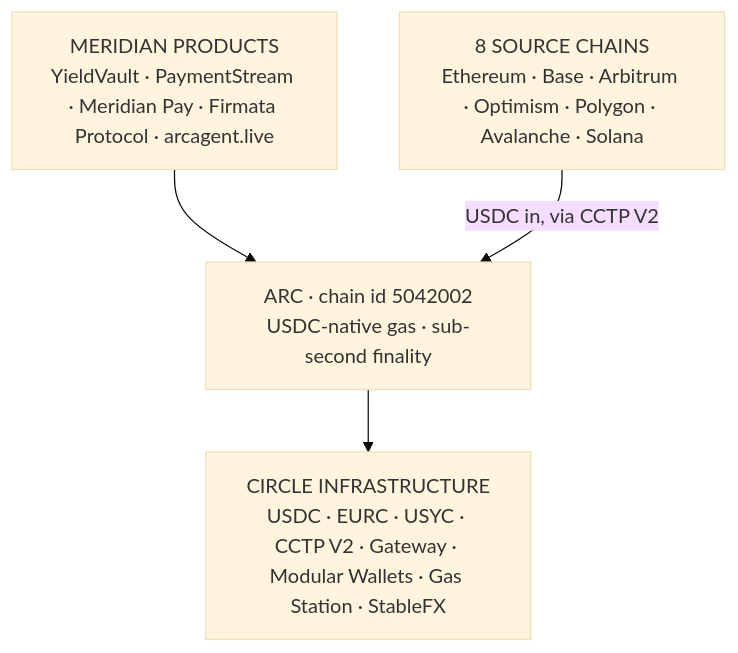
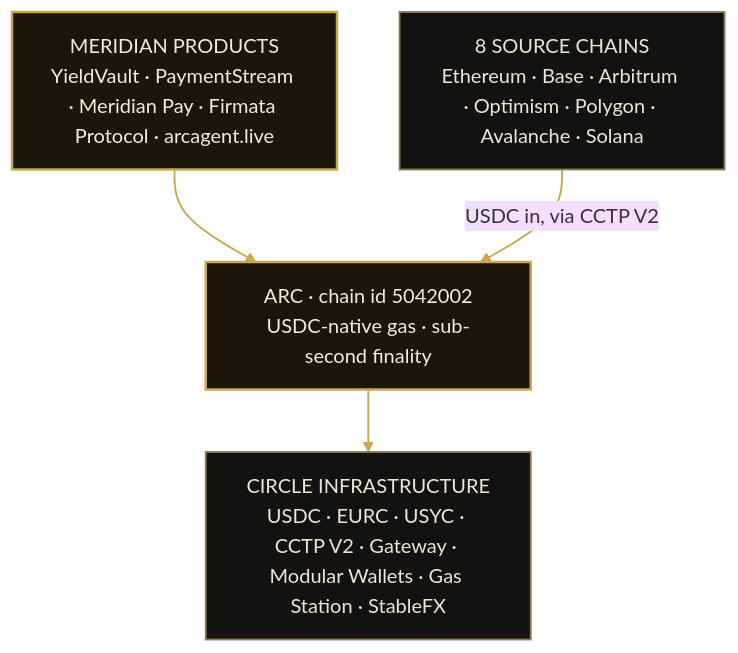
Before and after one commit to MeridianFinance/meridian-ecosystem: the second of 2 diagrams in README.md, drawn with Mermaid (base theme). The commit also changed other lines of this file, not shown here.

Commit message:
docs: restyle ecosystem diagrams with brand colors,improve readability

````diff
--- a/README.md
+++ b/README.md
@@ -115,10 +127,16 @@
 ```mermaid
 flowchart TB
     PRODUCTS["MERIDIAN PRODUCTS<br/>YieldVault · PaymentStream · Meridian Pay · Firmata Protocol · arcagent.live"]
     ARC["ARC · chain id 5042002<br/>USDC-native gas · sub-second finality"]
     CIRCLE["CIRCLE INFRASTRUCTURE<br/>USDC · EURC · USYC · CCTP V2 · Gateway · Modular Wallets · Gas Station · StableFX"]
     SRC["8 SOURCE CHAINS<br/>Ethereum · Base · Arbitrum · Optimism · Polygon · Avalanche · Solana"]
     PRODUCTS --> ARC
     ARC --> CIRCLE
     SRC -- "USDC in, via CCTP V2" --> ARC
+
+    classDef hub fill:#1c1608,stroke:#C9A84C,stroke-width:2px,color:#F3ECDB;
+    classDef base fill:#141210,stroke:#8a7a4e,stroke-width:1.5px,color:#EDE6D6;
+    class PRODUCTS,ARC hub;
+    class CIRCLE,SRC base;
+    linkStyle default stroke:#C9A84C,stroke-width:1.5px;
 ```
````
